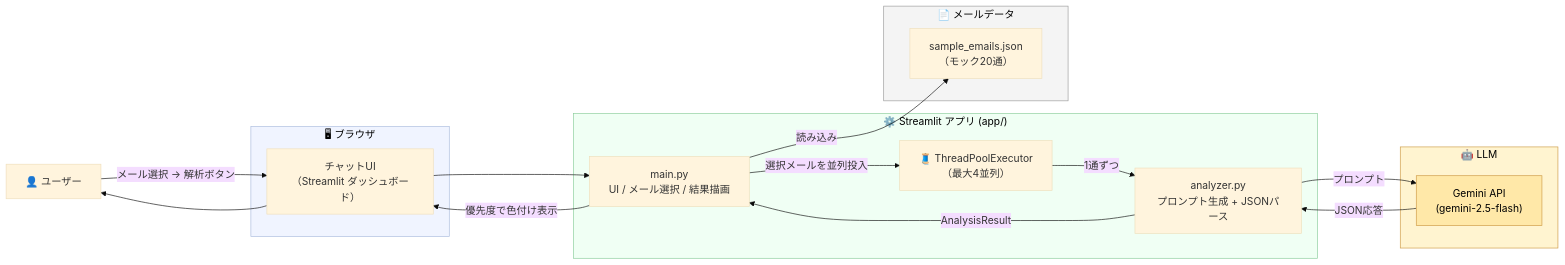
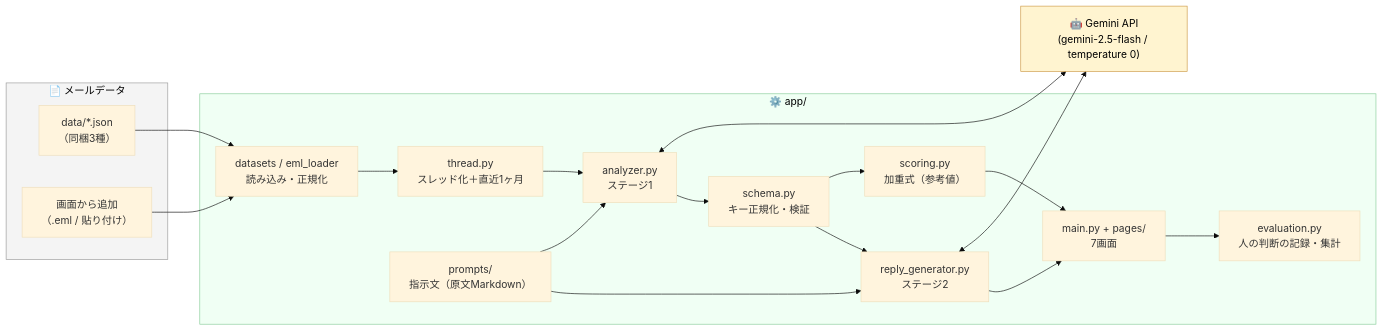
The diagram in README.md (Ry-Kurihara/st03-context-agent), drawn with Mermaid (base theme) before and after one commit. The commit also changed other lines of this file and 12 other files, not shown here.

````diff
--- a/README.md
+++ b/README.md
@@ -11,39 +25,36 @@
 ```mermaid
 flowchart LR
-    user["👤 ユーザー"]
-
-    subgraph browser["🖥 ブラウザ"]
-        ui["チャットUI<br>（Streamlit ダッシュボード）"]
+    subgraph input["📄 メールデータ"]
+        json_data["data/*.json<br>（同梱3種）"]
+        upload["画面から追加<br>（.eml / 貼り付け）"]
     end
 
-    subgraph app["⚙️ Streamlit アプリ (app/)"]
-        main["main.py<br>UI / メール選択 / 結果描画"]
-        analyzer["analyzer.py<br>プロンプト生成 + JSONパース"]
-        pool["🧵 ThreadPoolExecutor<br>（最大4並列）"]
+    subgraph app["⚙️ app/"]
+        loader["datasets / eml_loader<br>読み込み・正規化"]
+        th["thread.py<br>スレッド化＋直近1ヶ月"]
+        prm["prompts/<br>指示文（原文Markdown）"]
+        anz["analyzer.py<br>ステージ1"]
+        sch["schema.py<br>キー正規化・検証"]
+        sco["scoring.py<br>加重式（参考値）"]
+        rep["reply_generator.py<br>ステージ2"]
+        ev["evaluation.py<br>人の判断の記録・集計"]
+        ui["main.py + pages/<br>7画面"]
     end
 
-    subgraph data["📄 メールデータ"]
-        json_data["sample_emails.json<br>（モック20通）"]
-    end
+    gemini["🤖 Gemini API<br>(gemini-2.5-flash / temperature 0)"]
 
-    subgraph llm["🤖 LLM"]
-        gemini["Gemini API<br>(gemini-2.5-flash)"]
-    end
+    json_data --> loader
+    upload --> loader
+    loader --> th --> anz
+    prm --> anz
+    prm --> rep
+    anz <--> gemini
+    rep <--> gemini
+    anz --> sch --> sco --> ui
+    sch --> rep --> ui
+    ui --> ev
 
-    user -->|"メール選択 → 解析ボタン"| ui
-    ui --> main
-    main -->|"読み込み"| json_data
-    main -->|"選択メールを並列投入"| pool
-    pool -->|"1通ずつ"| analyzer
-    analyzer -->|"プロンプト"| gemini
-    gemini -->|"JSON応答"| analyzer
-    analyzer -->|"AnalysisResult"| main
-    main -->|"優先度で色付け表示"| ui
-    ui --> user
-
-    style llm fill:#fff4d0,stroke:#cc9944,color:#000
-    style gemini fill:#ffe8a8,stroke:#cc9944,color:#000
-    style browser fill:#f0f4ff,stroke:#aabbdd,color:#000
     style app fill:#f0fff4,stroke:#88cc99,color:#000
-    style data fill:#f4f4f4,stroke:#999,color:#000
+    style input fill:#f4f4f4,stroke:#999,color:#000
+    style gemini fill:#fff4d0,stroke:#cc9944,color:#000
 ```
````
